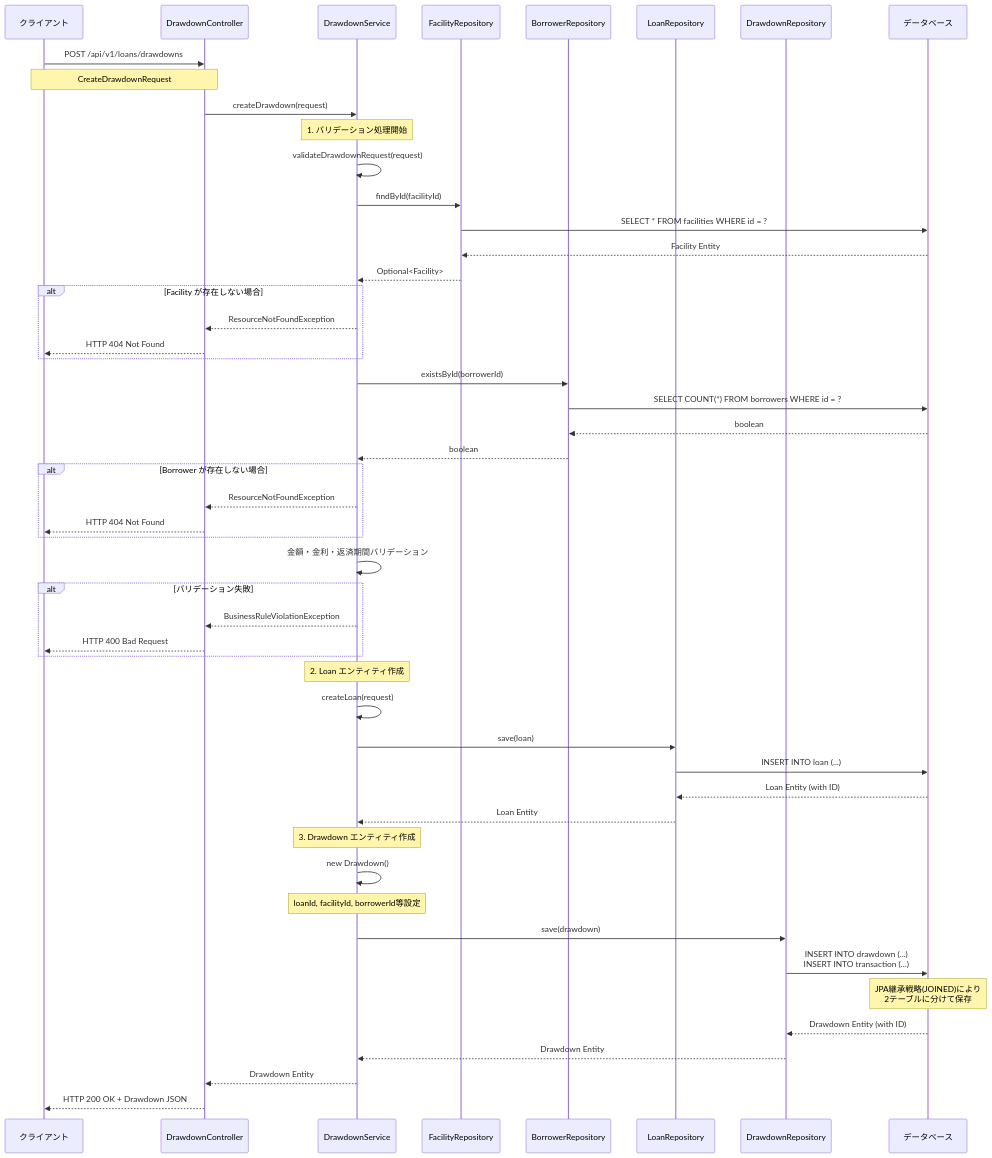
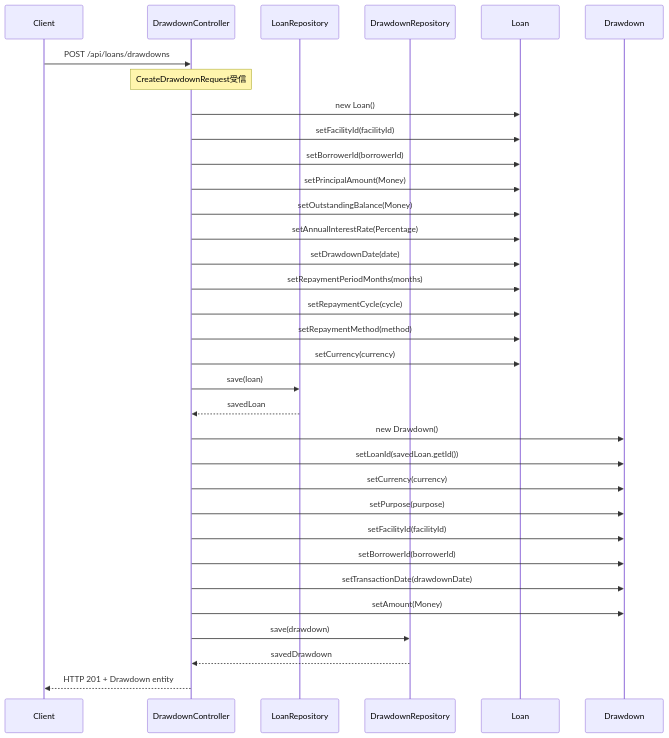
Before and after one commit to tis-abe-akira/ddd-ai-bbom: the first of 2 diagrams in docs/create-drawdown.md, drawn with Mermaid. The commit also changed other lines of this file and 6 other files, not shown here.

Commit message:
Remove CLAUDE.md and update README.md with project overview, architecture, and API specifications. Revise create-drawdown.md and create-facility.md to reflect changes in processing flows and error handling strategies. Enhance documentation clarity and align with current implementation practices.

````diff
--- a/docs/create-drawdown.md
+++ b/docs/create-drawdown.md
@@ -9,66 +19,41 @@
 ```mermaid
 sequenceDiagram
-    participant Client as クライアント
-    participant Controller as DrawdownController
-    participant Service as DrawdownService
-    participant FacilityRepo as FacilityRepository
-    participant BorrowerRepo as BorrowerRepository
-    participant LoanRepo as LoanRepository
-    participant DrawdownRepo as DrawdownRepository
-    participant DB as データベース
+    participant Client
+    participant DrawdownController
+    participant LoanRepository
+    participant DrawdownRepository
+    participant Loan
+    participant Drawdown
 
-    Client->>Controller: POST /api/v1/loans/drawdowns
-    Note over Client,Controller: CreateDrawdownRequest
-    
-    Controller->>Service: createDrawdown(request)
-    
-    Note over Service: 1. バリデーション処理開始
-    Service->>Service: validateDrawdownRequest(request)
-    
-    Service->>FacilityRepo: findById(facilityId)
-    FacilityRepo->>DB: SELECT * FROM facilities WHERE id = ?
-    DB-->>FacilityRepo: Facility Entity
-    FacilityRepo-->>Service: Optional<Facility>
-    
-    alt Facility が存在しない場合
-        Service-->>Controller: ResourceNotFoundException
-        Controller-->>Client: HTTP 404 Not Found
-    end
-    
-    Service->>BorrowerRepo: existsById(borrowerId)
-    BorrowerRepo->>DB: SELECT COUNT(*) FROM borrowers WHERE id = ?
-    DB-->>BorrowerRepo: boolean
-    BorrowerRepo-->>Service: boolean
-    
-    alt Borrower が存在しない場合
-        Service-->>Controller: ResourceNotFoundException
-        Controller-->>Client: HTTP 404 Not Found
-    end
-    
-    Service->>Service: 金額・金利・返済期間バリデーション
-    
-    alt バリデーション失敗
-        Service-->>Controller: BusinessRuleViolationException
-        Controller-->>Client: HTTP 400 Bad Request
-    end
-    
-    Note over Service: 2. Loan エンティティ作成
-    Service->>Service: createLoan(request)
-    Service->>LoanRepo: save(loan)
-    LoanRepo->>DB: INSERT INTO loan (...)
-    DB-->>LoanRepo: Loan Entity (with ID)
-    LoanRepo-->>Service: Loan Entity
-    
-    Note over Service: 3. Drawdown エンティティ作成
-    Service->>Service: new Drawdown()
-    Note over Service: loanId, facilityId, borrowerId等設定
-    
-    Service->>DrawdownRepo: save(drawdown)
-    DrawdownRepo->>DB: INSERT INTO drawdown (...)<br/>INSERT INTO transaction (...)
-    Note over DB: JPA継承戦略(JOINED)により<br/>2テーブルに分けて保存
-    DB-->>DrawdownRepo: Drawdown Entity (with ID)
-    DrawdownRepo-->>Service: Drawdown Entity
-    
-    Service-->>Controller: Drawdown Entity
-    Controller-->>Client: HTTP 200 OK + Drawdown JSON
+    Client->>DrawdownController: POST /api/loans/drawdowns
+    Note over DrawdownController: CreateDrawdownRequest受信
+
+    DrawdownController->>Loan: new Loan()
+    DrawdownController->>Loan: setFacilityId(facilityId)
+    DrawdownController->>Loan: setBorrowerId(borrowerId)
+    DrawdownController->>Loan: setPrincipalAmount(Money)
+    DrawdownController->>Loan: setOutstandingBalance(Money)
+    DrawdownController->>Loan: setAnnualInterestRate(Percentage)
+    DrawdownController->>Loan: setDrawdownDate(date)
+    DrawdownController->>Loan: setRepaymentPeriodMonths(months)
+    DrawdownController->>Loan: setRepaymentCycle(cycle)
+    DrawdownController->>Loan: setRepaymentMethod(method)
+    DrawdownController->>Loan: setCurrency(currency)
+
+    DrawdownController->>LoanRepository: save(loan)
+    LoanRepository-->>DrawdownController: savedLoan
+
+    DrawdownController->>Drawdown: new Drawdown()
+    DrawdownController->>Drawdown: setLoanId(savedLoan.getId())
+    DrawdownController->>Drawdown: setCurrency(currency)
+    DrawdownController->>Drawdown: setPurpose(purpose)
+    DrawdownController->>Drawdown: setFacilityId(facilityId)
+    DrawdownController->>Drawdown: setBorrowerId(borrowerId)
+    DrawdownController->>Drawdown: setTransactionDate(drawdownDate)
+    DrawdownController->>Drawdown: setAmount(Money)
+
+    DrawdownController->>DrawdownRepository: save(drawdown)
+    DrawdownRepository-->>DrawdownController: savedDrawdown
+
+    DrawdownController-->>Client: HTTP 201 + Drawdown entity
 ```
````
